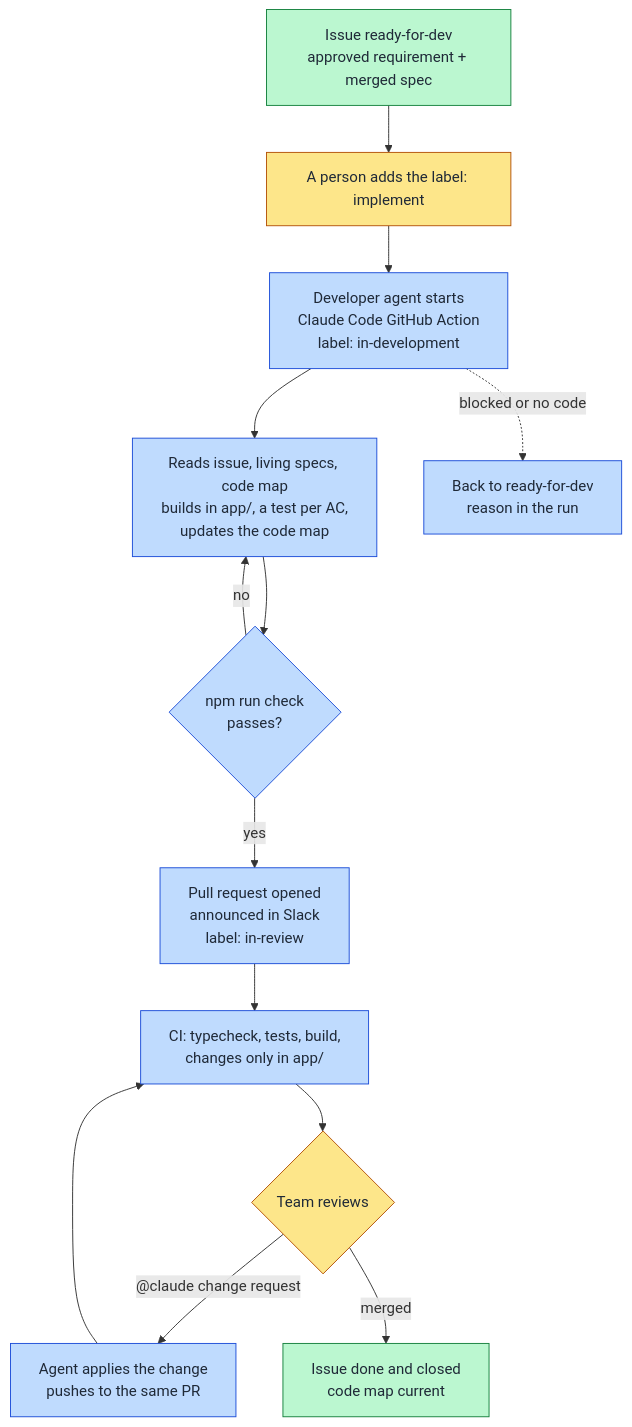
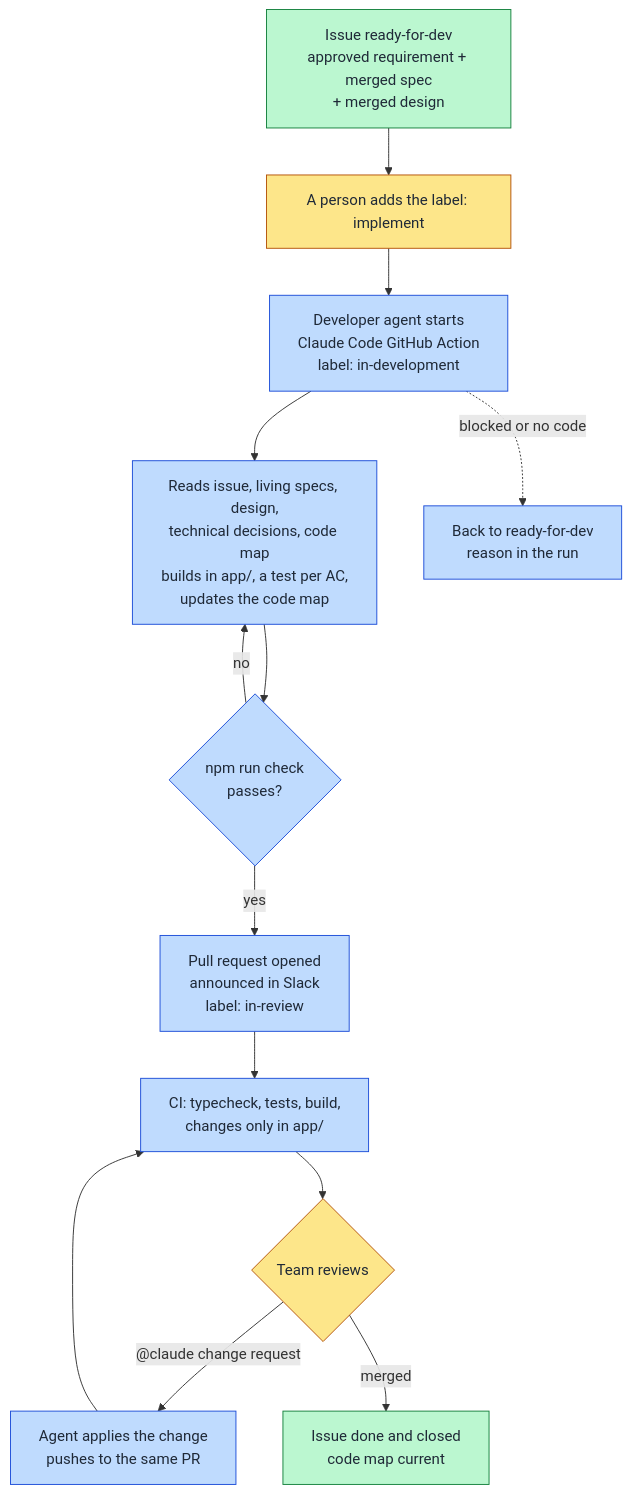
Before and after one commit to iebouihi/aisdlc-gh-claude-slack: the third of 4 diagrams in docs/aisdlc.md, drawn with Mermaid. The commit also changed other lines of this file and 33 other files, not shown here.

First line of the commit message:
Add a design phase: designer agent, technical spec, HTML mockup

````diff
--- a/docs/aisdlc.md
+++ b/docs/aisdlc.md
@@ -153,22 +197,22 @@
 ```mermaid
 flowchart TD
-    R["Issue ready-for-dev<br/>approved requirement + merged spec"] --> T["A person adds the label: implement"]
+    R["Issue ready-for-dev<br/>approved requirement + merged spec<br/>+ merged design"] --> T["A person adds the label: implement"]
     T --> S["Developer agent starts<br/>Claude Code GitHub Action<br/>label: in-development"]
-    S --> B["Reads issue, living specs, code map<br/>builds in app/, a test per AC,<br/>updates the code map"]
+    S --> B["Reads issue, living specs, design,<br/>technical decisions, code map<br/>builds in app/, a test per AC,<br/>updates the code map"]
     B --> C{"npm run check<br/>passes?"}
     C -- "no" --> B
     C -- "yes" --> P["Pull request opened<br/>announced in Slack<br/>label: in-review"]
     P --> G["CI: typecheck, tests, build,<br/>changes only in app/"]
     G --> V{"Team reviews"}
     V -- "@claude change request" --> F["Agent applies the change<br/>pushes to the same PR"]
     F --> G
     V -- "merged" --> D["Issue done and closed<br/>code map current"]
     S -. "blocked or no code" .-> X["Back to ready-for-dev<br/>reason in the run"]
 
     classDef human fill:#fde68a,stroke:#b45309,color:#1f2937
     classDef agent fill:#bfdbfe,stroke:#1d4ed8,color:#1f2937
     classDef truth fill:#bbf7d0,stroke:#15803d,color:#1f2937
     class T,V human
     class S,B,C,P,F,X,G agent
     class R,D truth
 ```
````
